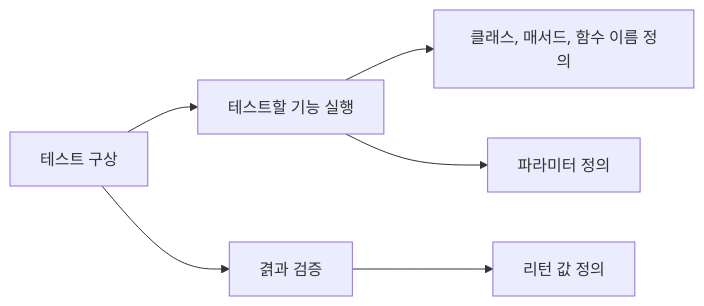
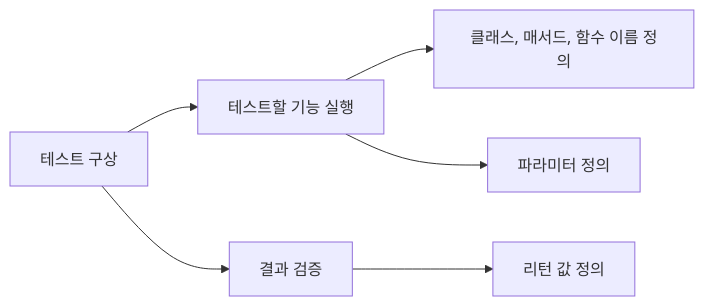
One commit to dorbae/tdd-study changed the third of 3 diagrams in README.md. Above: the diagram before and after it, drawn with Mermaid.

Commit message:
오타 수정

````diff
--- a/README.md
+++ b/README.md
@@ -90,9 +90,9 @@
 ```mermaid
 graph LR
 
 step1[테스트 구상] --> step2[테스트할 기능 실행]
 step2 --> step3[클래스, 매서드, 함수 이름 정의]
 step2 --> step4[파라미터 정의]
-step1 --> step5[겱과 검증]
+step1 --> step5[결과 검증]
 step5 --> step6[리턴 값 정의]
 ```
````
